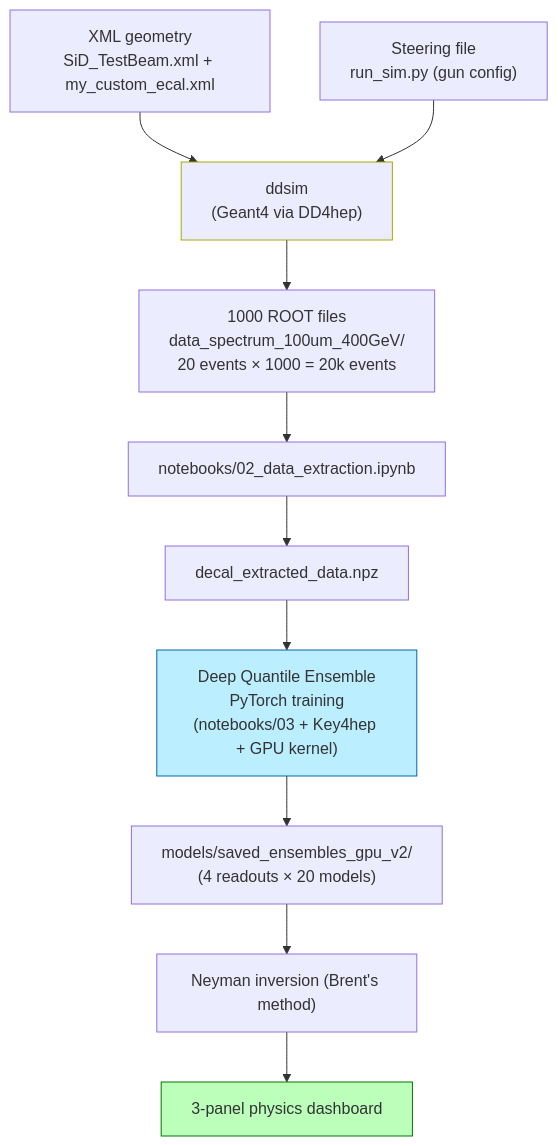
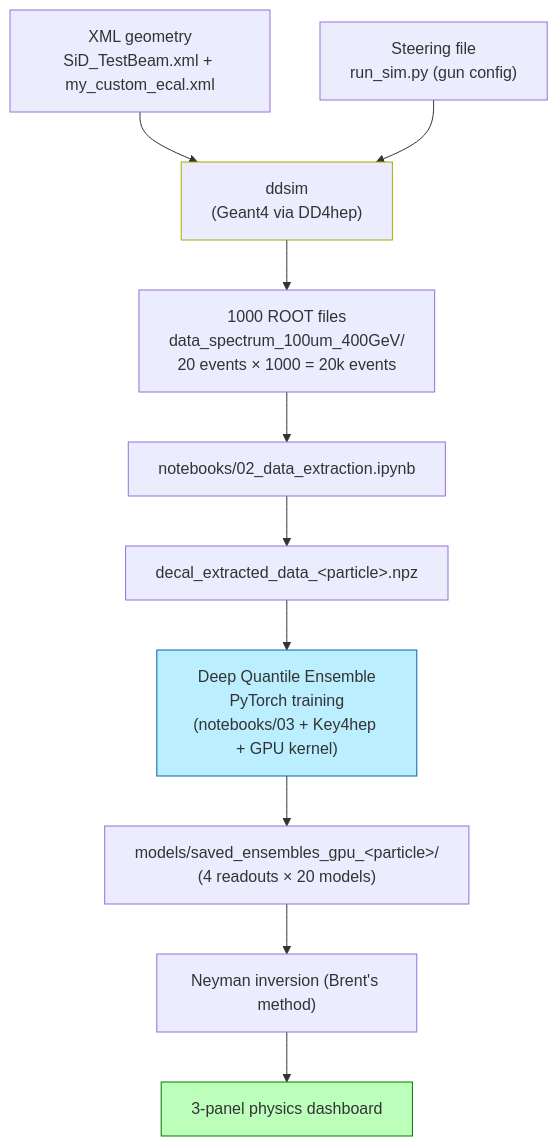
Before and after one commit to murtaza-safdari/CALOMAPS: the diagram in docs/handbook.md, drawn with Mermaid. The commit also changed other lines of this file and 9 other files, not shown here.

````diff
--- a/docs/handbook.md
+++ b/docs/handbook.md
@@ -344,16 +344,16 @@
 ```mermaid
 flowchart TD
     A["XML geometry<br/>SiD_TestBeam.xml + my_custom_ecal.xml"] --> B
     C["Steering file<br/>run_sim.py (gun config)"] --> B
     B["ddsim<br/>(Geant4 via DD4hep)"] --> D["1000 ROOT files<br/>data_spectrum_100um_400GeV/<br/>20 events × 1000 = 20k events"]
     D --> E["notebooks/02_data_extraction.ipynb"]
-    E --> F["decal_extracted_data.npz"]
+    E --> F["decal_extracted_data_&lt;particle&gt;.npz"]
     F --> G["Deep Quantile Ensemble<br/>PyTorch training<br/>(notebooks/03 + Key4hep + GPU kernel)"]
-    G --> H["models/saved_ensembles_gpu_v2/<br/>(4 readouts × 20 models)"]
+    G --> H["models/saved_ensembles_gpu_&lt;particle&gt;/<br/>(4 readouts × 20 models)"]
     H --> I["Neyman inversion (Brent's method)"]
     I --> J["3-panel physics dashboard"]
 
     style B fill:#fffbb,stroke:#aa0
     style G fill:#bef,stroke:#06a
     style J fill:#bfb,stroke:#070
 ```
````
